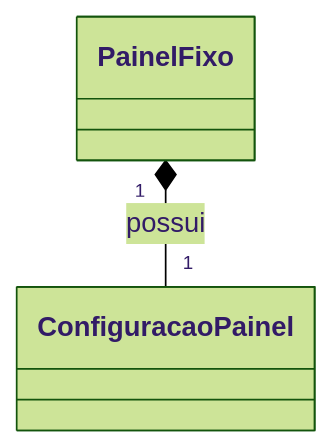
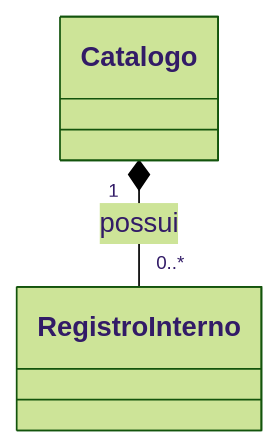
One commit to rafaelrezo/curso-poo changed the second of 3 diagrams in docs/modelagem_analise_codigo/index.md. Above: the diagram before and after it, drawn with Mermaid (forest theme). The commit also changed other lines of this file and 23 other files, not shown here.

````diff
--- a/docs/modelagem_analise_codigo/index.md
+++ b/docs/modelagem_analise_codigo/index.md
@@ -175,4 +224,4 @@
 ```mermaid
 classDiagram
-    PainelFixo "1" *-- "1" ConfiguracaoPainel : possui
+    Catalogo "1" *-- "0..*" RegistroInterno : possui
 ```
````
